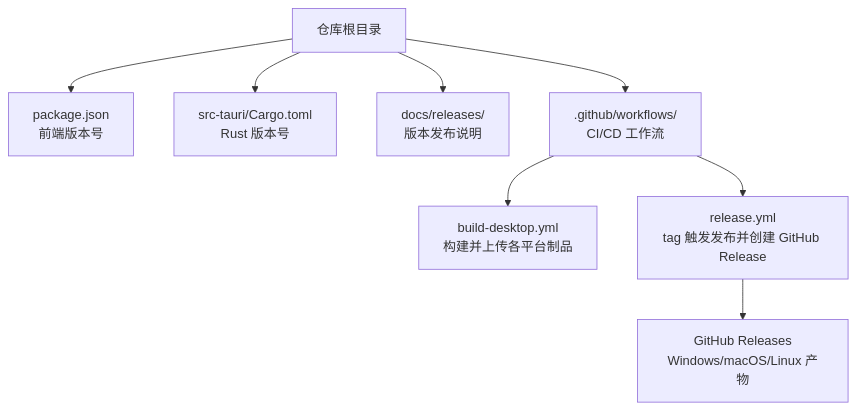
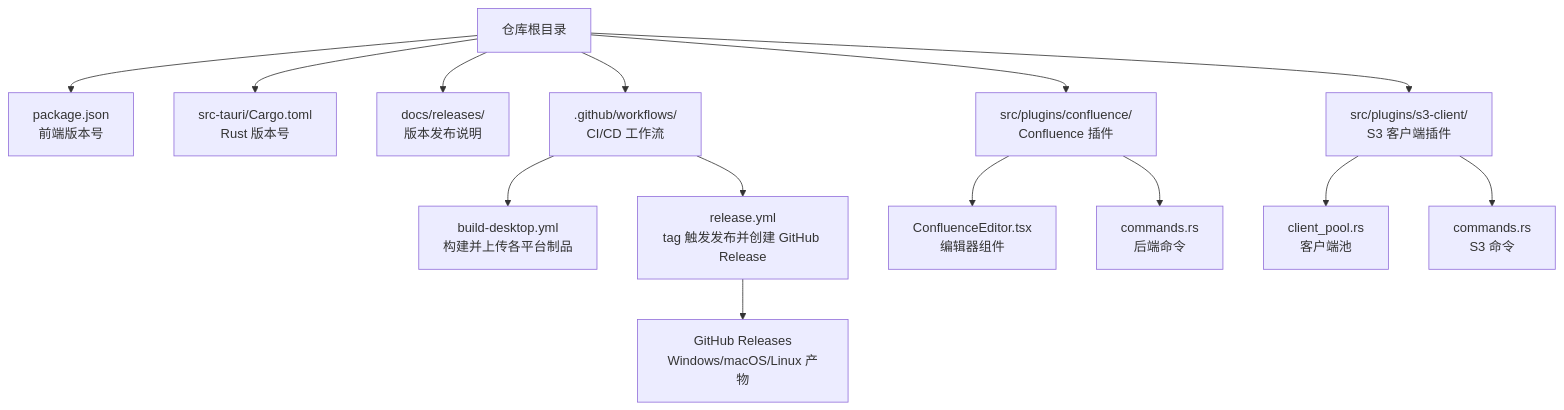
One commit to DumKing/DevNexus changed the first of 5 diagrams in .qoder/repowiki/zh/content/版本发布.md. Above: the diagram before and after it, drawn with Mermaid. The commit also changed other lines of this file and 80 other files, not shown here.

````diff
--- a/.qoder/repowiki/zh/content/版本发布.md
+++ b/.qoder/repowiki/zh/content/版本发布.md
@@ -42,10 +62,16 @@
 ```mermaid
 graph TB
 A["仓库根目录"] --> B["package.json<br/>前端版本号"]
 A --> C["src-tauri/Cargo.toml<br/>Rust 版本号"]
 A --> D["docs/releases/<br/>版本发布说明"]
 A --> E[".github/workflows/<br/>CI/CD 工作流"]
-E --> F["build-desktop.yml<br/>构建并上传各平台制品"]
-E --> G["release.yml<br/>tag 触发发布并创建 GitHub Release"]
-G --> H["GitHub Releases<br/>Windows/macOS/Linux 产物"]
+A --> F["src/plugins/confluence/<br/>Confluence 插件"]
+A --> G["src/plugins/s3-client/<br/>S3 客户端插件"]
+E --> H["build-desktop.yml<br/>构建并上传各平台制品"]
+E --> I["release.yml<br/>tag 触发发布并创建 GitHub Release"]
+I --> J["GitHub Releases<br/>Windows/macOS/Linux 产物"]
+F --> K["ConfluenceEditor.tsx<br/>编辑器组件"]
+F --> L["commands.rs<br/>后端命令"]
+G --> M["client_pool.rs<br/>客户端池"]
+G --> N["commands.rs<br/>S3 命令"]
 ```
````
